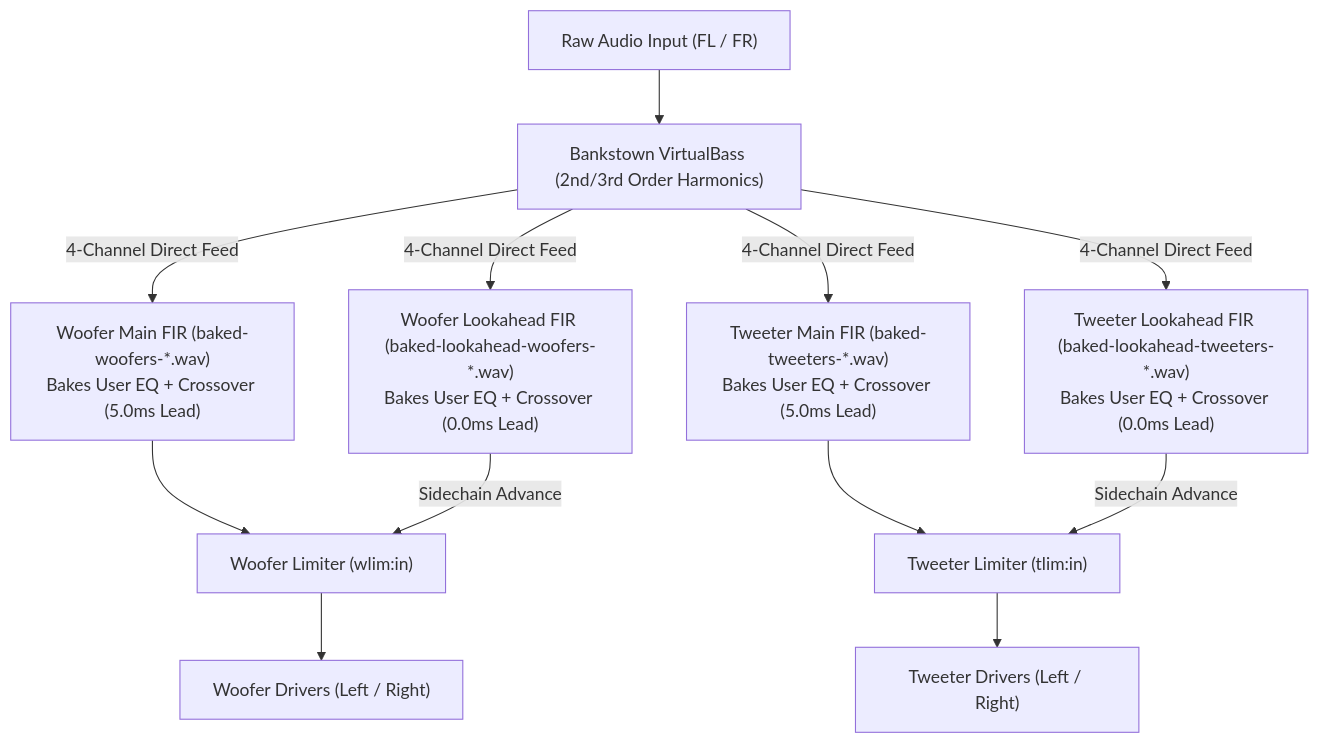
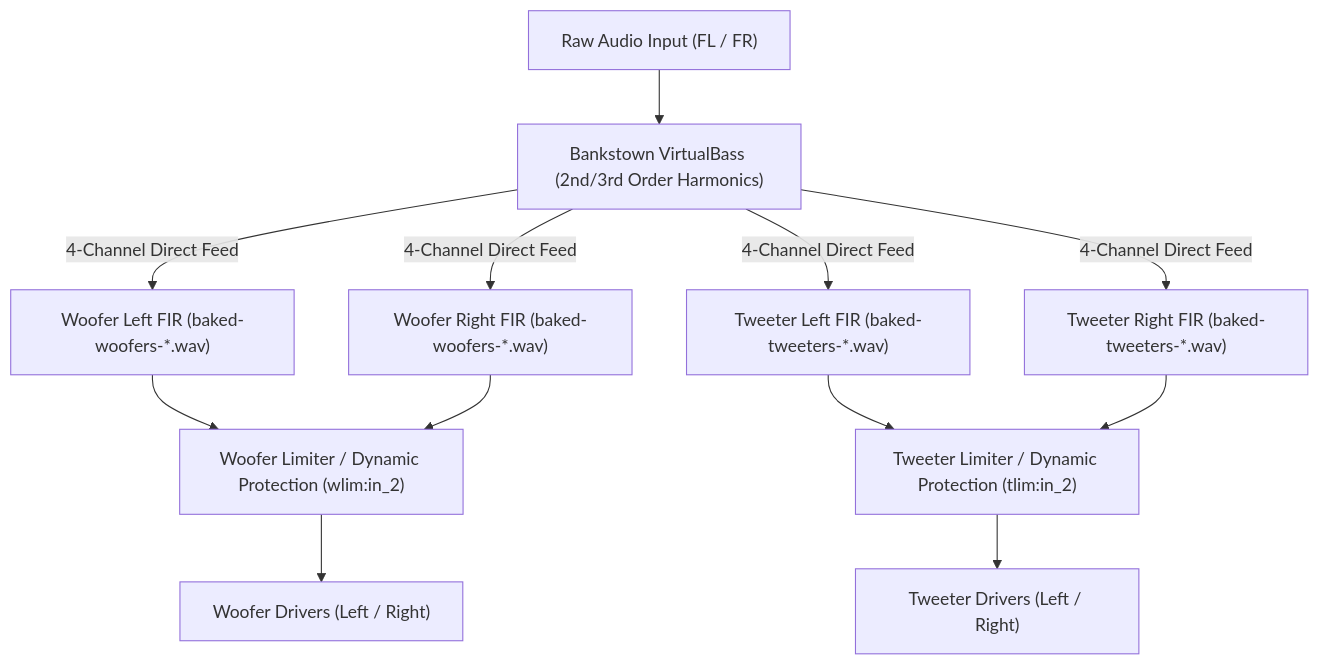
The first of 2 diagrams in ARCHITECTURE.md (mynameisdeleted/mbp15-1-audio-dsp), drawn with Mermaid before and after one commit. The commit also changed other lines of this file and 1 other file, not shown here.

Commit message:
refactor: simplify FIR baking to lean 4-channel post-convolver limiting and update ARCHITECTURE.md

````diff
--- a/ARCHITECTURE.md
+++ b/ARCHITECTURE.md
@@ -28,16 +28,16 @@
 ```mermaid
 graph TD
     A["Raw Audio Input (FL / FR)"] --> B["Bankstown VirtualBass (2nd/3rd Order Harmonics)"]
-    B -->|4-Channel Direct Feed| C1["Woofer Main FIR (baked-woofers-*.wav)<br/>Bakes User EQ + Crossover (5.0ms Lead)"]
-    B -->|4-Channel Direct Feed| C2["Woofer Lookahead FIR (baked-lookahead-woofers-*.wav)<br/>Bakes User EQ + Crossover (0.0ms Lead)"]
-    B -->|4-Channel Direct Feed| D1["Tweeter Main FIR (baked-tweeters-*.wav)<br/>Bakes User EQ + Crossover (5.0ms Lead)"]
-    B -->|4-Channel Direct Feed| D2["Tweeter Lookahead FIR (baked-lookahead-tweeters-*.wav)<br/>Bakes User EQ + Crossover (0.0ms Lead)"]
+    B -->|4-Channel Direct Feed| C1["Woofer Left FIR (baked-woofers-*.wav)"]
+    B -->|4-Channel Direct Feed| C2["Woofer Right FIR (baked-woofers-*.wav)"]
+    B -->|4-Channel Direct Feed| D1["Tweeter Left FIR (baked-tweeters-*.wav)"]
+    B -->|4-Channel Direct Feed| D2["Tweeter Right FIR (baked-tweeters-*.wav)"]
     
-    C1 --> E["Woofer Limiter (wlim:in)"]
-    C2 -->|Sidechain Advance| E
-    D1 --> F["Tweeter Limiter (tlim:in)"]
-    D2 -->|Sidechain Advance| F
+    C1 --> E1["Woofer Limiter / Dynamic Protection (wlim:in_1)"]
+    C2 --> E1["Woofer Limiter / Dynamic Protection (wlim:in_2)"]
+    D1 --> F1["Tweeter Limiter / Dynamic Protection (tlim:in_1)"]
+    D2 --> F1["Tweeter Limiter / Dynamic Protection (tlim:in_2)"]
 
-    E --> G1["Woofer Drivers (Left / Right)"]
-    F --> G2["Tweeter Drivers (Left / Right)"]
+    E1 --> G1["Woofer Drivers (Left / Right)"]
+    F1 --> G2["Tweeter Drivers (Left / Right)"]
 ```
````
